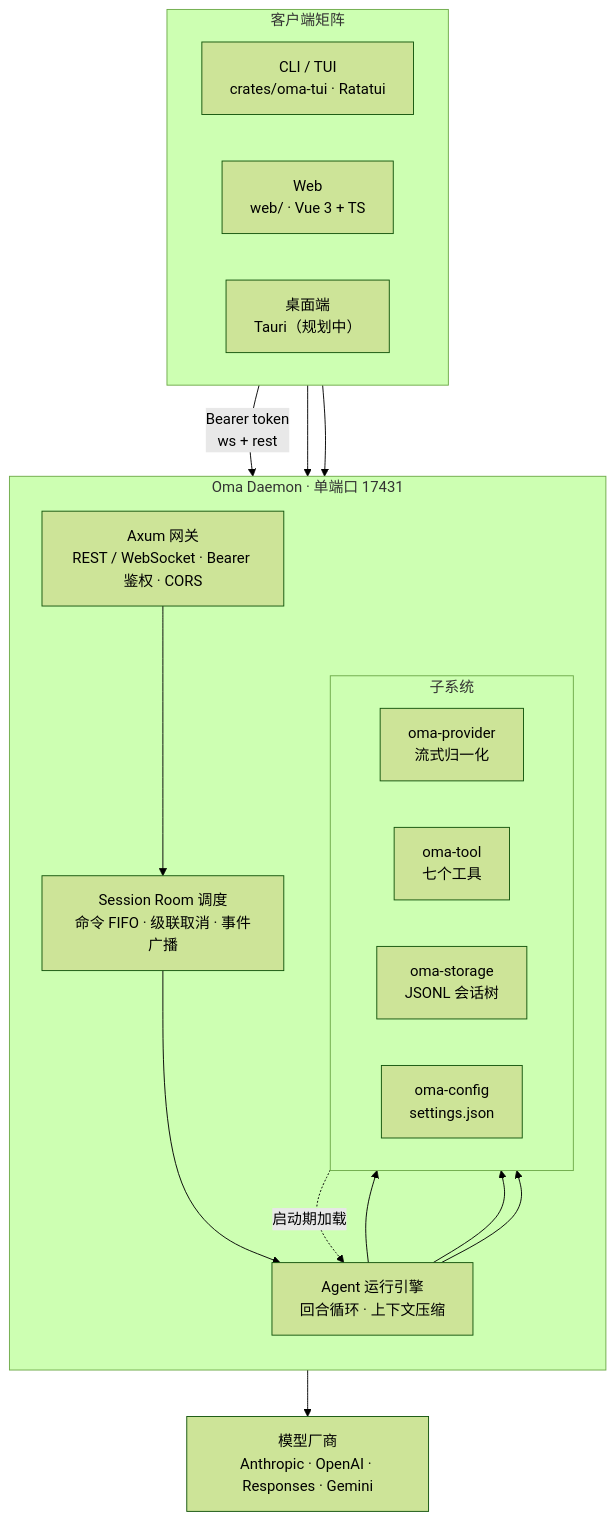
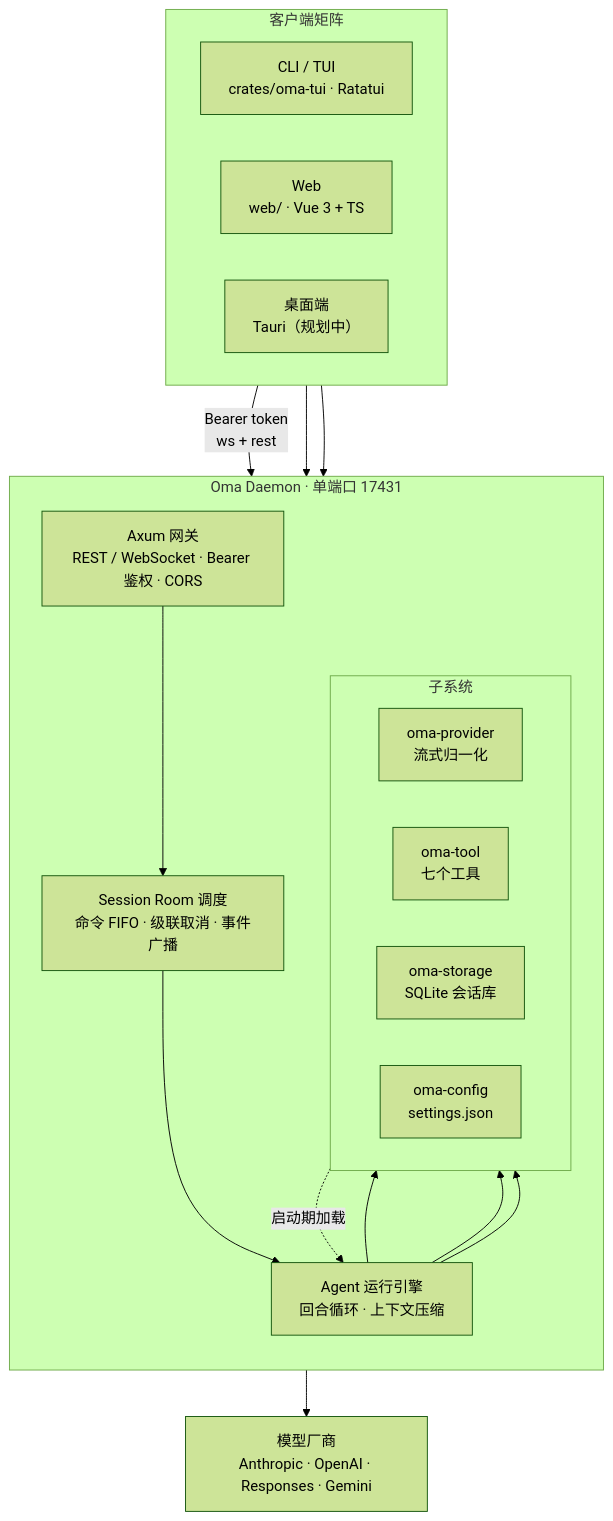
One commit to waittide/oma changed the diagram in README.md. Above: the diagram before and after it, drawn with Mermaid (forest theme). The commit also changed other lines of this file and 3 other files, not shown here.

````diff
--- a/README.md
+++ b/README.md
@@ -91,34 +91,34 @@
 ```mermaid
 flowchart TB
     subgraph Clients["客户端矩阵"]
         direction LR
         TUI["CLI / TUI<br/>crates/oma-tui · Ratatui"]
         WEB["Web<br/>web/ · Vue 3 + TS"]
         DESK["桌面端<br/>Tauri（规划中）"]
     end
 
     subgraph Daemon["Oma Daemon · 单端口 17431"]
         direction TB
         GW["Axum 网关<br/>REST / WebSocket · Bearer 鉴权 · CORS"]
         ROOM["Session Room 调度<br/>命令 FIFO · 级联取消 · 事件广播"]
         ENGINE["Agent 运行引擎<br/>回合循环 · 上下文压缩"]
         subgraph Sub["子系统"]
             direction LR
             PROV["oma-provider<br/>流式归一化"]
             TOOL["oma-tool<br/>七个工具"]
-            STORE["oma-storage<br/>JSONL 会话树"]
+            STORE["oma-storage<br/>SQLite 会话库"]
             CONF["oma-config<br/>settings.json"]
         end
     end
 
     VENDORS["模型厂商<br/>Anthropic · OpenAI · Responses · Gemini"]
 
     TUI -->|"Bearer token<br/>ws + rest"| GW
     WEB --> GW
     DESK --> GW
     GW --> ROOM --> ENGINE
     ENGINE --> PROV --> VENDORS
     ENGINE --> TOOL
     ENGINE --> STORE
     CONF -.->|"启动期加载"| ENGINE
 ```
````
